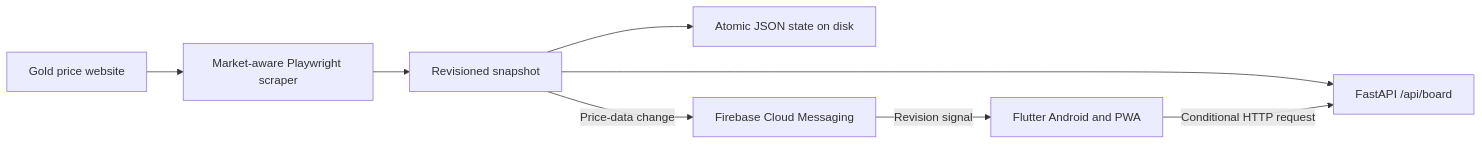
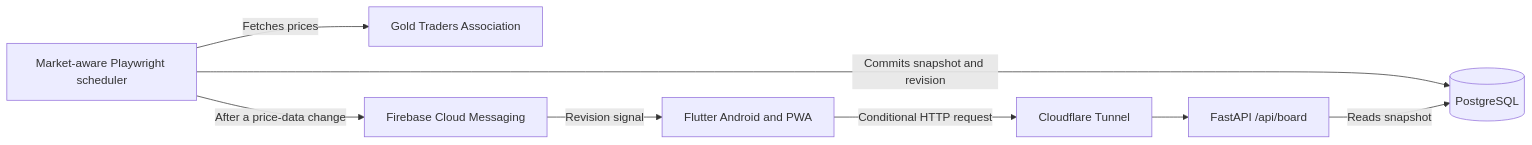
The diagram in README.md (iceswift/aurum-thai), drawn with Mermaid before and after one commit. The commit also changed other lines of this file and 1 other file, not shown here.

Commit message:
Update GitHub docs for the production K3s architecture (#19)

````diff
--- a/README.md
+++ b/README.md
@@ -22,10 +22,10 @@
 ```mermaid
 flowchart LR
-    Website[Gold price website] --> Scheduler[Market-aware Playwright scraper]
-    Scheduler --> Snapshot[Revisioned snapshot]
-    Snapshot --> Disk[Atomic JSON state on disk]
-    Snapshot --> API[FastAPI /api/board]
-    Snapshot -->|Price-data change| FCM[Firebase Cloud Messaging]
-    Client[Flutter Android and PWA] -->|Conditional HTTP request| API
+    Scheduler[Market-aware Playwright scheduler] -->|Fetches prices| Website[Gold Traders Association]
+    Scheduler -->|Commits snapshot and revision| DB[(PostgreSQL)]
+    API[FastAPI /api/board] -->|Reads snapshot| DB
+    Scheduler -->|After a price-data change| FCM[Firebase Cloud Messaging]
+    Client[Flutter Android and PWA] -->|Conditional HTTP request| CF[Cloudflare Tunnel]
+    CF --> API
     FCM -->|Revision signal| Client
 ```
````
